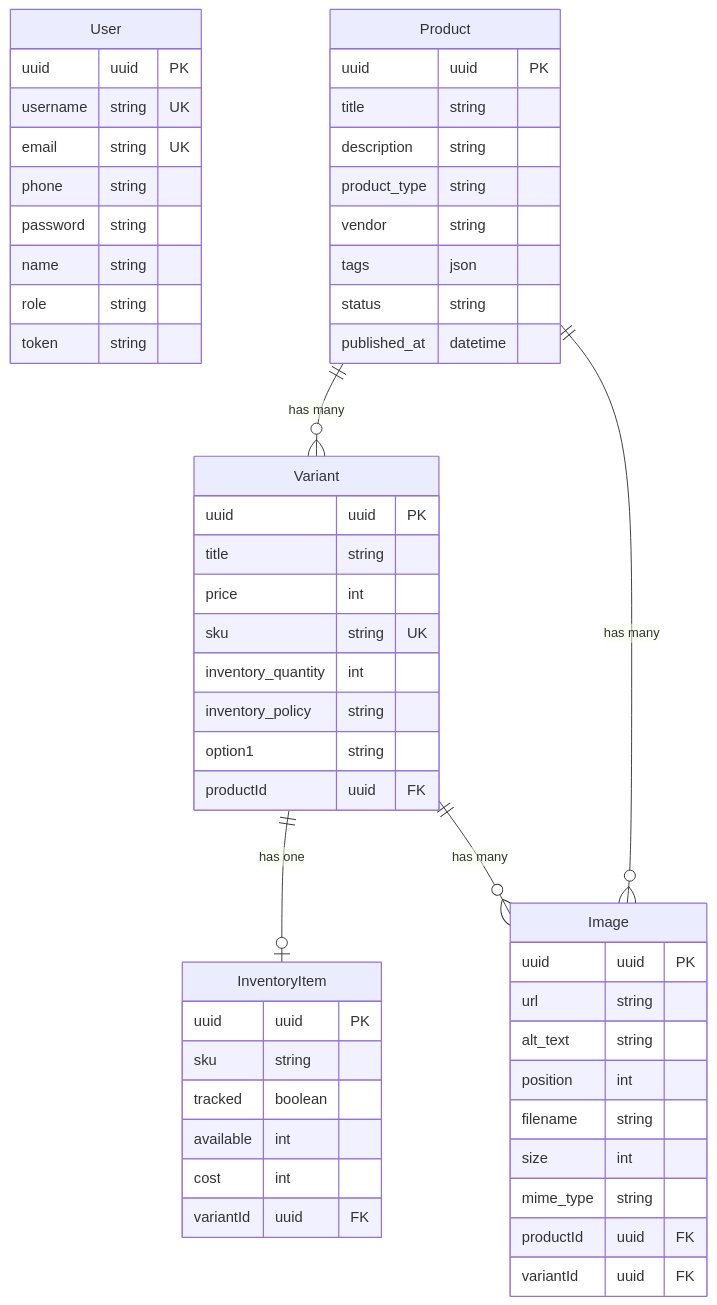
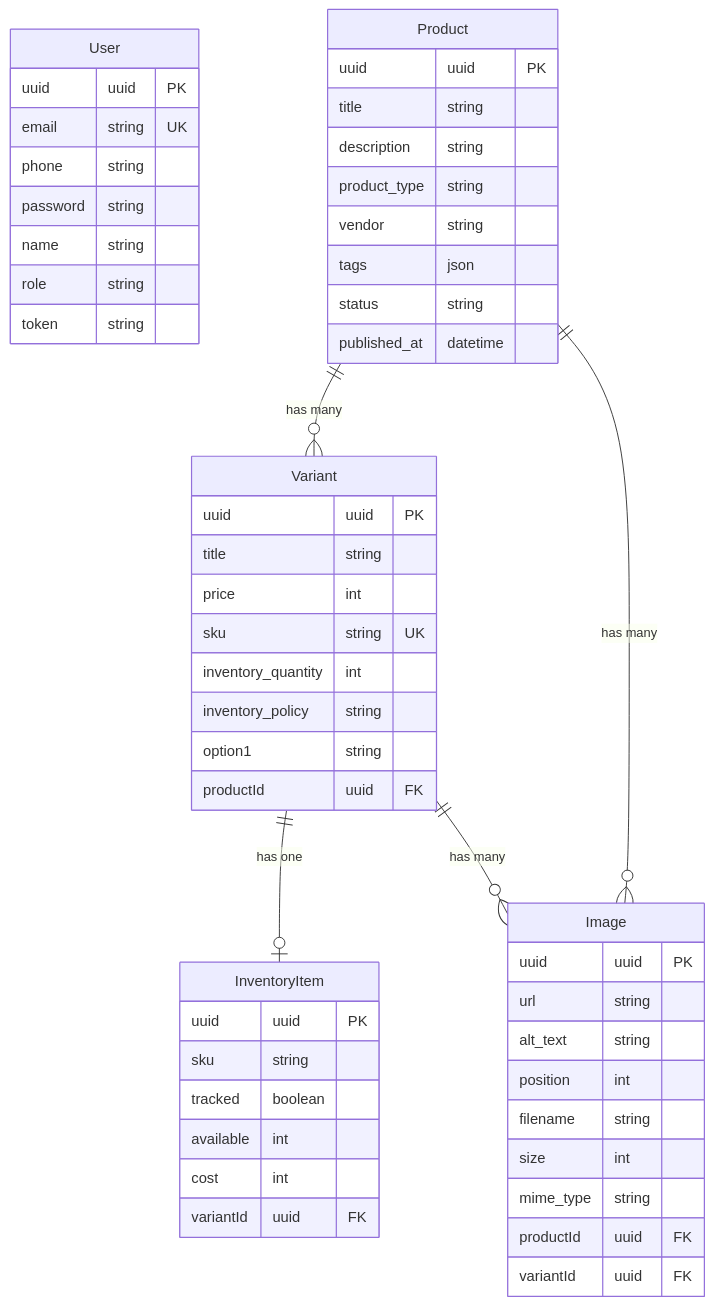
Before and after one commit to sleepynoid/michi-sweatshop: the diagram in README.md, drawn with Mermaid. The commit also changed other lines of this file and 7 other files, not shown here.

Commit message:
feat: Implement product image deletion endpoint and add image support to product schemas.

````diff
--- a/README.md
+++ b/README.md
@@ -570,61 +656,60 @@
 ```mermaid
 erDiagram
     User {
         uuid uuid PK
-        username string UK
         email string UK
         phone string
         password string
         name string
         role string
         token string
     }
     
     Product {
         uuid uuid PK
         title string
         description string
         product_type string
         vendor string
         tags json
         status string
         published_at datetime
     }
     
     Variant {
         uuid uuid PK
         title string
         price int
         sku string UK
         inventory_quantity int
         inventory_policy string
         option1 string
         productId uuid FK
     }
     
     InventoryItem {
         uuid uuid PK
         sku string
         tracked boolean
         available int
         cost int
         variantId uuid FK
     }
     
     Image {
         uuid uuid PK
         url string
         alt_text string
         position int
         filename string
         size int
         mime_type string
         productId uuid FK
         variantId uuid FK
     }
     
     Product ||--o{ Variant : "has many"
     Product ||--o{ Image : "has many"
     Variant ||--o| InventoryItem : "has one"
     Variant ||--o{ Image : "has many"
 ```
````
